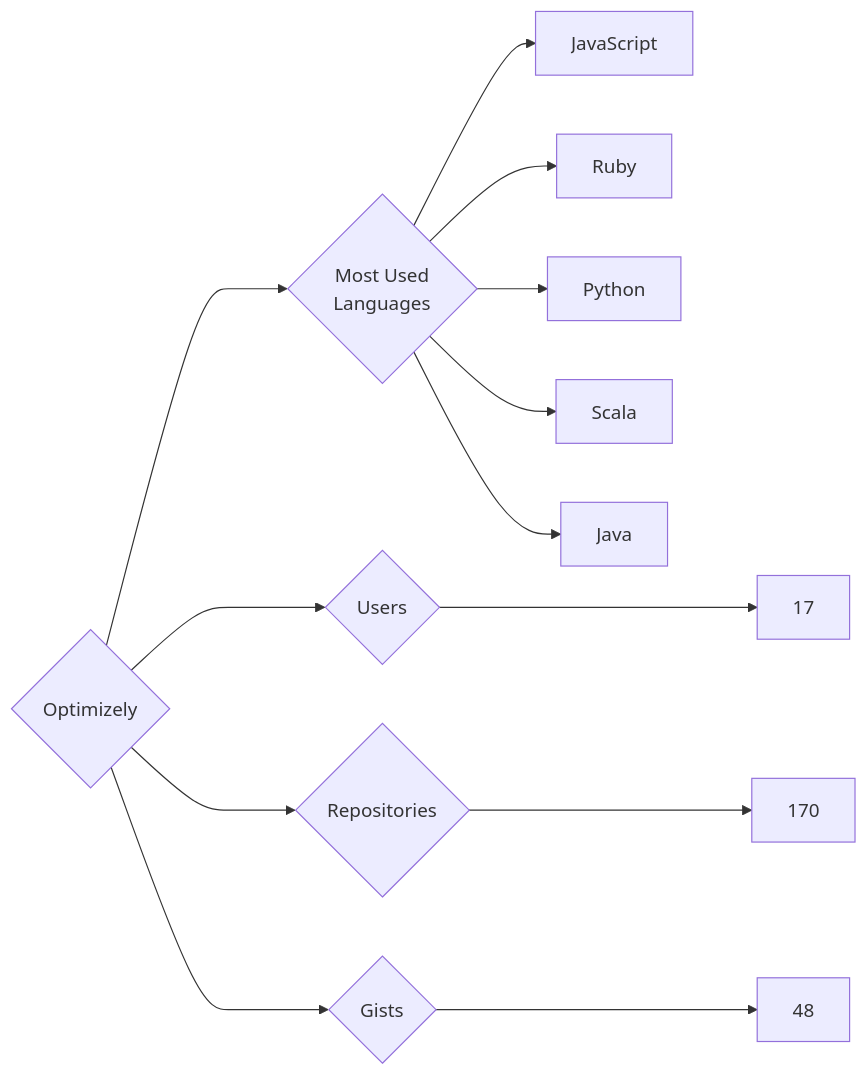
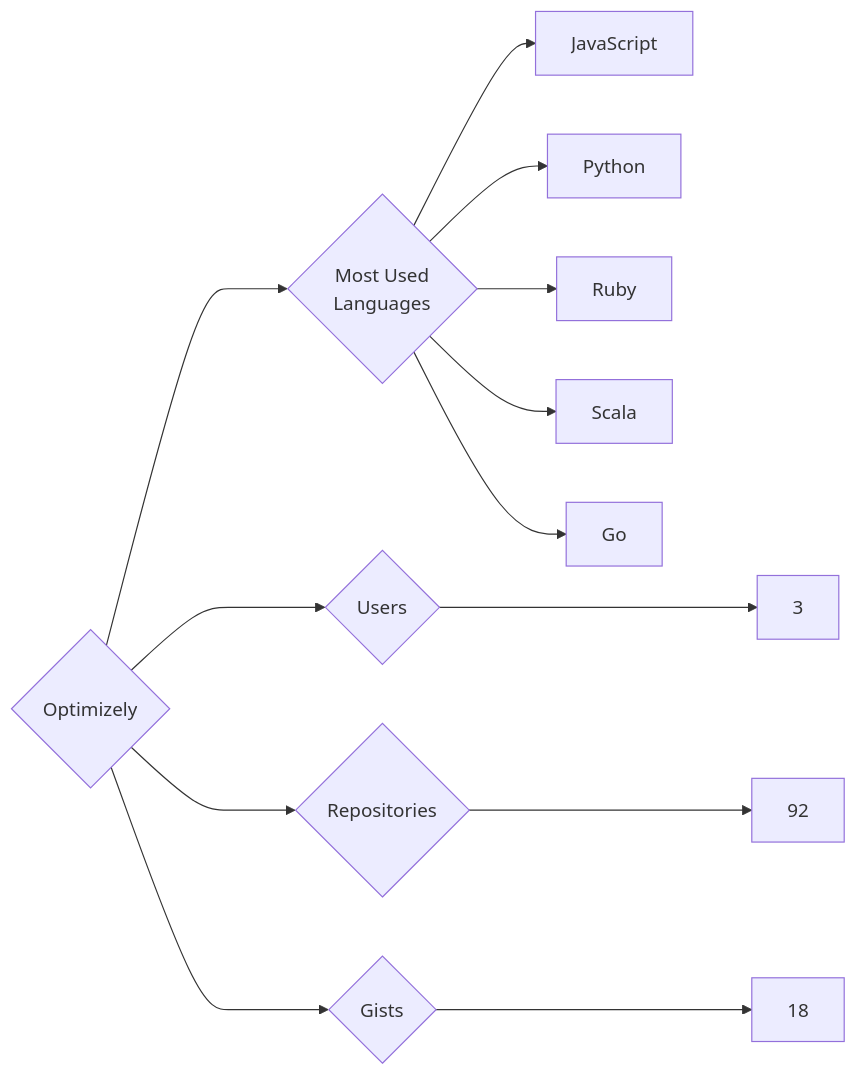
The diagram in targets/Optimizely/README.md (trickest/insiders), drawn with Mermaid before and after one commit. The commit also changed 939 other files, not shown here.

````diff
--- a/targets/Optimizely/README.md
+++ b/targets/Optimizely/README.md
@@ -3,13 +3,13 @@
 ```mermaid
 graph LR
 COMPANY_NAME{Optimizely}
-COMPANY_NAME ---> U{Users} ---> UN[17]
-COMPANY_NAME ---> R{Repositories} ---> RN[170]
-COMPANY_NAME ---> G{Gists} ---> GN[48]
+COMPANY_NAME ---> U{Users} ---> UN[3]
+COMPANY_NAME ---> R{Repositories} ---> RN[92]
+COMPANY_NAME ---> G{Gists} ---> GN[18]
 COMPANY_NAME ---> ML{Most Used<br>Languages}
 ML --> JavaScript[JavaScript]
+ML --> Python[Python]
 ML --> Ruby[Ruby]
-ML --> Python[Python]
 ML --> Scala[Scala]
-ML --> Java[Java]
+ML --> Go[Go]
 ```
````
